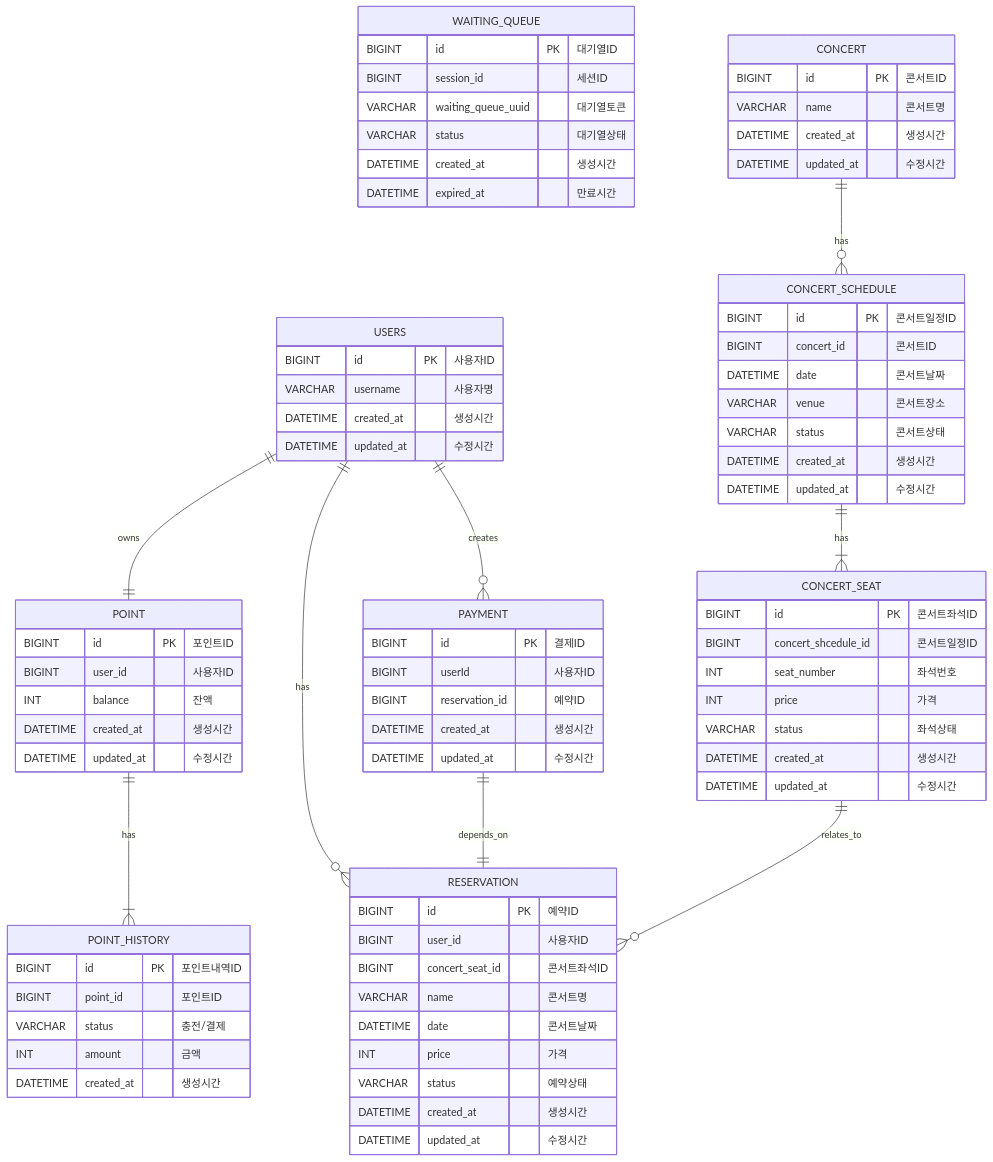
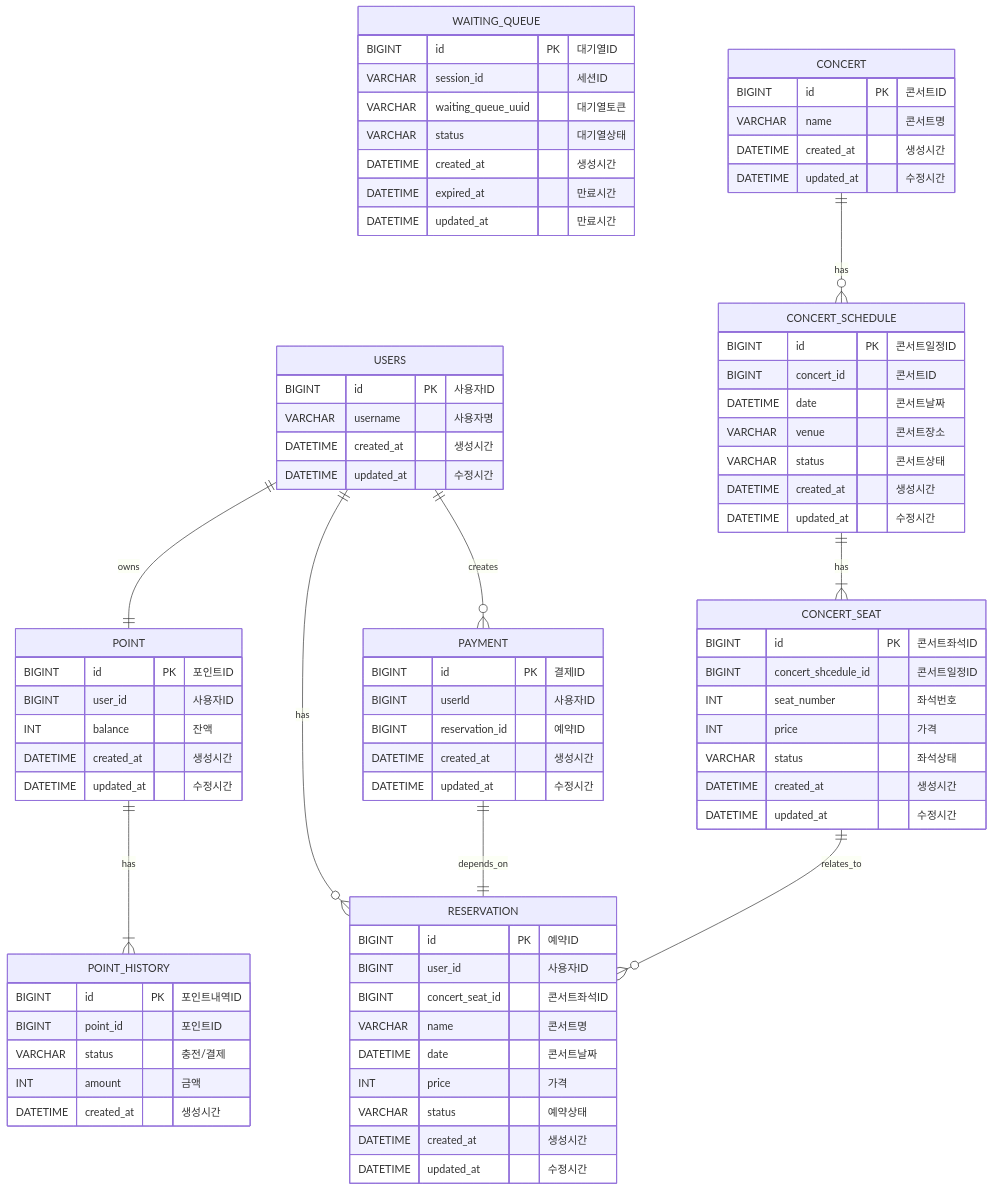
One commit to jjeongminchoi/hanghae-concert-reservation changed the diagram in docs/ERD.md. Above: the diagram before and after it, drawn with Mermaid. The commit also changed 46 other files, not shown here.

```diff
--- a/docs/ERD.md
+++ b/docs/ERD.md
@@ -30,11 +30,12 @@
     
     WAITING_QUEUE {
         BIGINT id PK "대기열ID"
-        BIGINT session_id "세션ID"
+        VARCHAR session_id "세션ID"
         VARCHAR waiting_queue_uuid "대기열토큰"
         VARCHAR status "대기열상태"
         DATETIME created_at "생성시간"
         DATETIME expired_at "만료시간"
+        DATETIME updated_at "만료시간"
     }
 
     CONCERT ||--o{ CONCERT_SCHEDULE : has
```
